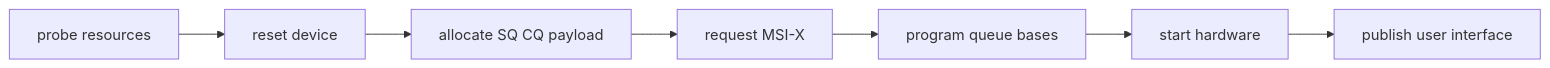
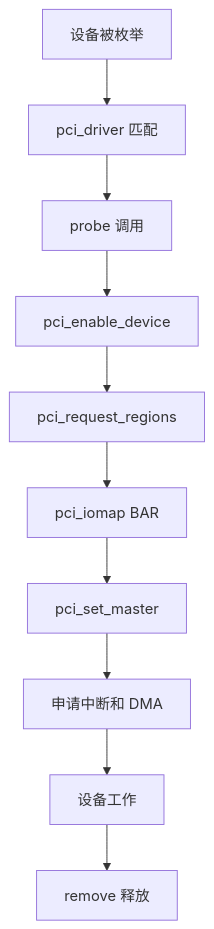
One commit to cdragon-ljl/EEandEdgeAI changed the diagram in docs/articles/pcie/pci-08-pcie-device-driver-practice.md. Above: the diagram before and after it, drawn with Mermaid. The commit also changed other lines of this file and 7 other files, not shown here.

````diff
--- a/docs/articles/pcie/pci-08-pcie-device-driver-practice.md
+++ b/docs/articles/pcie/pci-08-pcie-device-driver-practice.md
@@ -41,9 +28,12 @@
 ```mermaid
-flowchart LR
-    P[probe resources] --> R[reset device]
-    R --> Q[allocate SQ CQ payload]
-    Q --> I[request MSI-X]
-    I --> H[program queue bases]
-    H --> S[start hardware]
-    S --> U[publish user interface]
+flowchart TD
+    A[设备被枚举] --> B[pci_driver 匹配]
+    B --> C[probe 调用]
+    C --> D[pci_enable_device]
+    D --> E[pci_request_regions]
+    E --> F[pci_iomap BAR]
+    F --> G[pci_set_master]
+    G --> H[申请中断和 DMA]
+    H --> I[设备工作]
+    I --> J[remove 释放]
 ```
````
